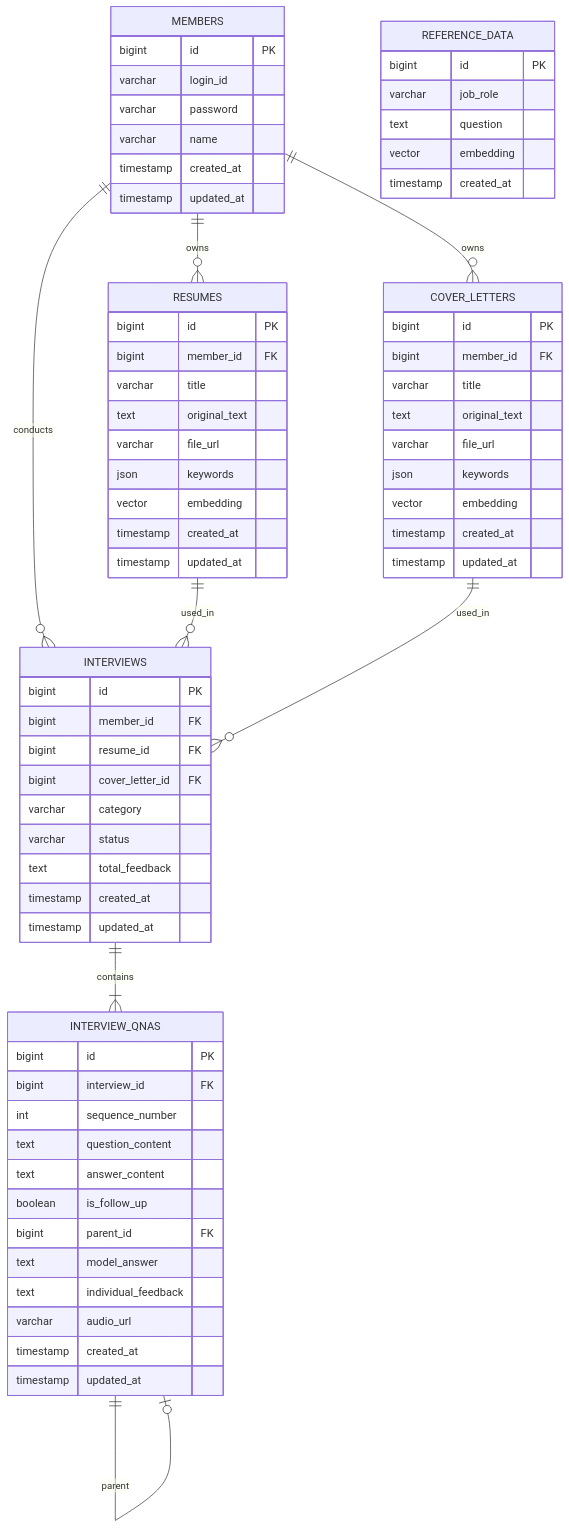
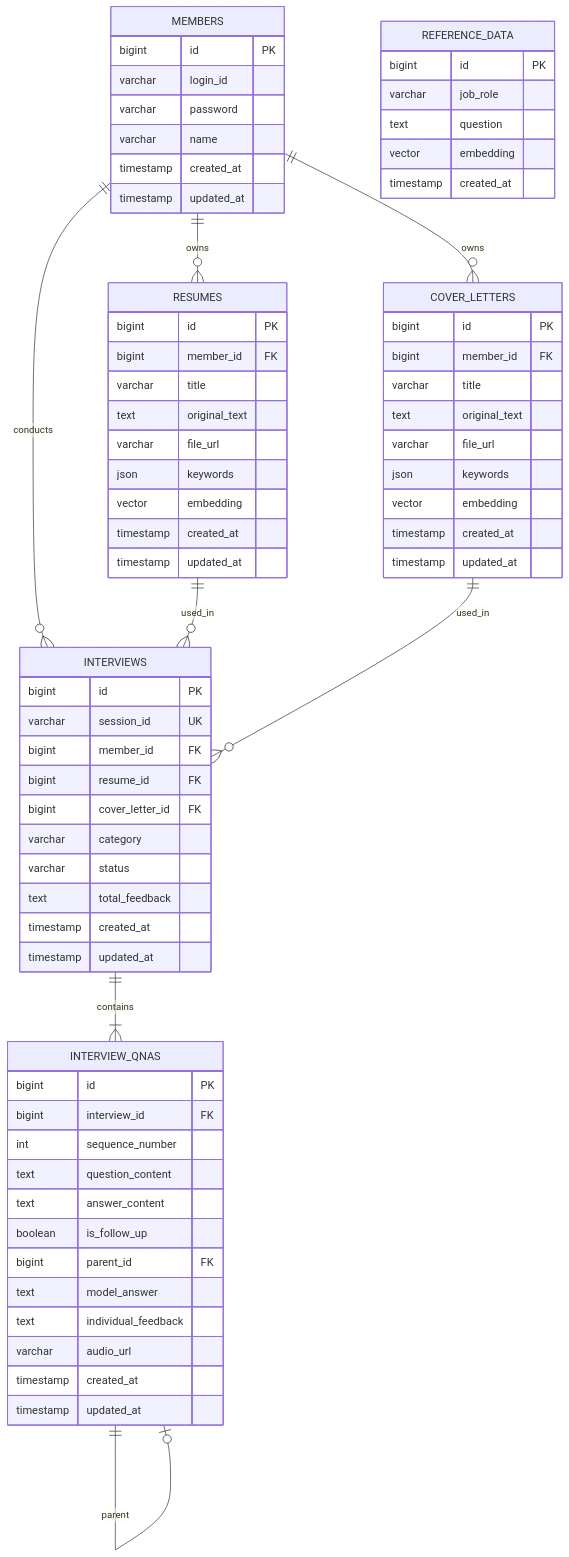
Before and after one commit to kookmin-sw/2026-capstone-60: the third of 3 diagrams in design.md, drawn with Mermaid. The commit also changed other lines of this file, not shown here.

````diff
--- a/design.md
+++ b/design.md
@@ -230,78 +230,79 @@
 ```mermaid
 erDiagram
     MEMBERS ||--o{ RESUMES : owns
     MEMBERS ||--o{ COVER_LETTERS : owns
     MEMBERS ||--o{ INTERVIEWS : conducts
     RESUMES ||--o{ INTERVIEWS : used_in
     COVER_LETTERS ||--o{ INTERVIEWS : used_in
     INTERVIEWS ||--|{ INTERVIEW_QNAS : contains
     INTERVIEW_QNAS ||--o| INTERVIEW_QNAS : parent
 
     MEMBERS {
         bigint id PK
         varchar login_id
         varchar password
         varchar name
         timestamp created_at
         timestamp updated_at
     }
 
     RESUMES {
         bigint id PK
         bigint member_id FK
         varchar title
         text original_text
         varchar file_url
         json keywords
         vector embedding
         timestamp created_at
         timestamp updated_at
     }
 
     COVER_LETTERS {
         bigint id PK
         bigint member_id FK
         varchar title
         text original_text
         varchar file_url
         json keywords
         vector embedding
         timestamp created_at
         timestamp updated_at
     }
 
     INTERVIEWS {
         bigint id PK
+        varchar session_id UK
         bigint member_id FK
         bigint resume_id FK
         bigint cover_letter_id FK
         varchar category
         varchar status
         text total_feedback
         timestamp created_at
         timestamp updated_at
     }
 
     INTERVIEW_QNAS {
         bigint id PK
         bigint interview_id FK
         int sequence_number
         text question_content
         text answer_content
         boolean is_follow_up
         bigint parent_id FK
         text model_answer
         text individual_feedback
         varchar audio_url
         timestamp created_at
         timestamp updated_at
     }
 
     REFERENCE_DATA {
         bigint id PK
         varchar job_role
         text question
         vector embedding
         timestamp created_at
     }
 ```
````
